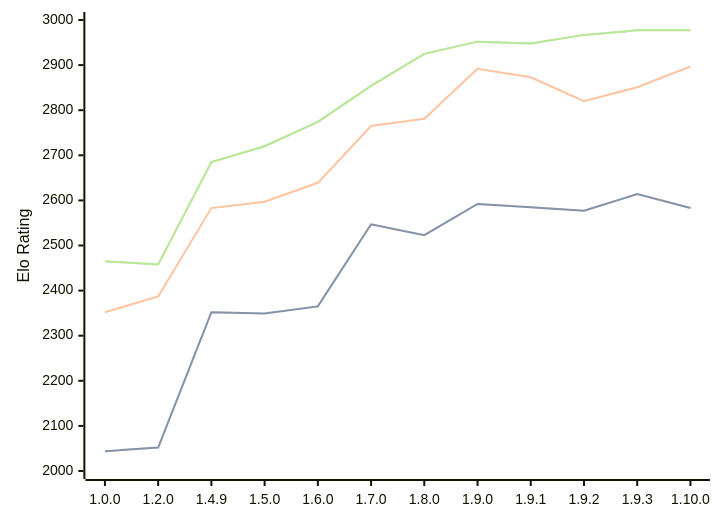
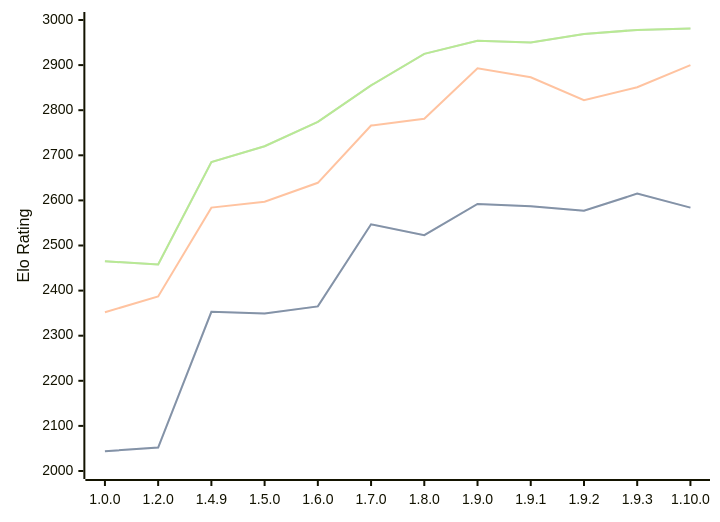
One commit to computer-chess-index/cci changed the diagram in engines/Basilisk.md. Above: the diagram before and after it, drawn with Mermaid. The commit also changed other lines of this file, not shown here.

Commit message:
Update CCI Ratings (ELO VLTC) - 2026-09-16

````diff
--- a/engines/Basilisk.md
+++ b/engines/Basilisk.md
@@ -55,11 +55,11 @@
 ```mermaid
 %%{init: {"theme":"base","themeVariables":{"seriesColors:['#a3a3a3','#222221','#faa371']}}}%%
 xychart-beta
   x-axis ["1.0.0", "1.2.0", "1.4.9", "1.5.0", "1.6.0", "1.7.0", "1.8.0", "1.9.0", "1.9.1", "1.9.2", "1.9.3", "1.10.0"]
   y-axis "Elo Rating" 2000 --> 3000
-  line "" [2044, 2052, 2352, 2349, 2365, 2547, 2523, 2592, 2585, 2577, 2614, 2583]
-  line "STC (8.0+0.08s)" [2044, 2052, 2352, 2349, 2365, 2547, 2523, 2592, 2585, 2577, 2614, 2583]
-  line "LTC (60.0+0.60s)" [2352, 2387, 2583, 2597, 2639, 2765, 2781, 2892, 2873, 2820, 2851, 2897]
-  line "" [2465, 2458, 2685, 2720, 2774, 2854, 2925, 2952, 2948, 2967, 2977, 2977]
-  line "VLTC (2m24s+1.12s)" [2465, 2458, 2685, 2720, 2774, 2854, 2925, 2952, 2948, 2967, 2977, 2977]
+  line "" [2044, 2052, 2353, 2349, 2365, 2547, 2523, 2592, 2587, 2577, 2615, 2584]
+  line "STC (8.0+0.08s)" [2044, 2052, 2353, 2349, 2365, 2547, 2523, 2592, 2587, 2577, 2615, 2584]
+  line "LTC (60.0+0.60s)" [2352, 2387, 2584, 2597, 2639, 2766, 2781, 2893, 2873, 2822, 2851, 2900]
+  line "" [2465, 2458, 2685, 2720, 2774, 2855, 2925, 2954, 2950, 2969, 2978, 2981]
+  line "VLTC (2m24s+1.12s)" [2465, 2458, 2685, 2720, 2774, 2855, 2925, 2954, 2950, 2969, 2978, 2981]
 ```
````
